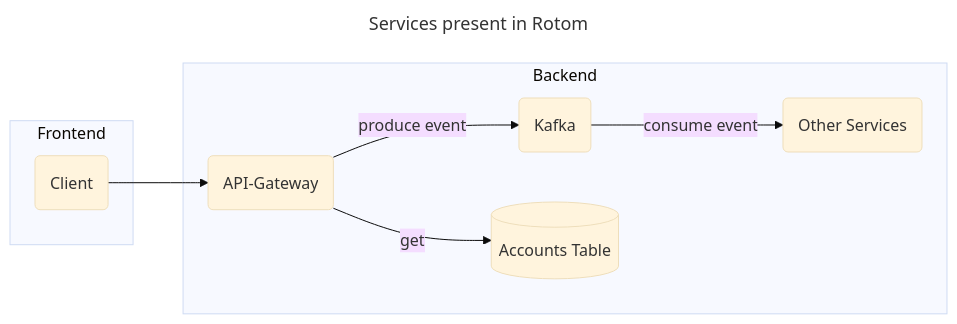
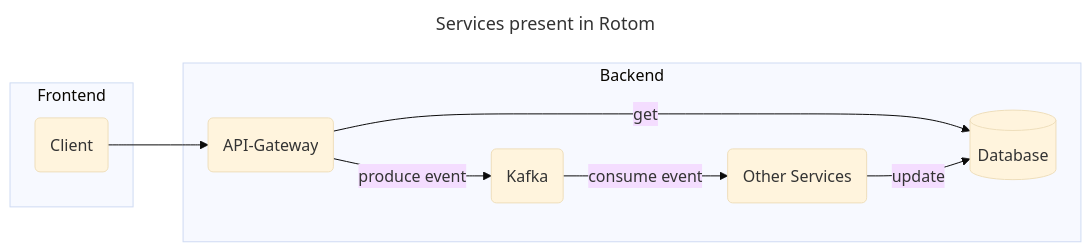
The first of 2 diagrams in ARCHITECTURE.md (maussn/Rotom), drawn with Mermaid (base theme) before and after one commit. The commit also changed other lines of this file, not shown here.

````diff
--- a/ARCHITECTURE.md
+++ b/ARCHITECTURE.md
@@ -3,21 +3,22 @@
 ```mermaid
 ---
 title: Services present in Rotom
 ---
 flowchart LR
   subgraph Frontend
     client(Client)
   end
     subgraph Backend
     apigateway(API-Gateway)
     kafka(Kafka)
-    accounts[(Accounts Table)]
+    db[(Database)]
     services(Other Services)
   end
 
   client --> apigateway
   apigateway -- produce event --> kafka
-  apigateway -- get --> accounts
+  apigateway -- get --> db
   kafka -- consume event --> services
+  services -- update --> db
     
 ```
````
